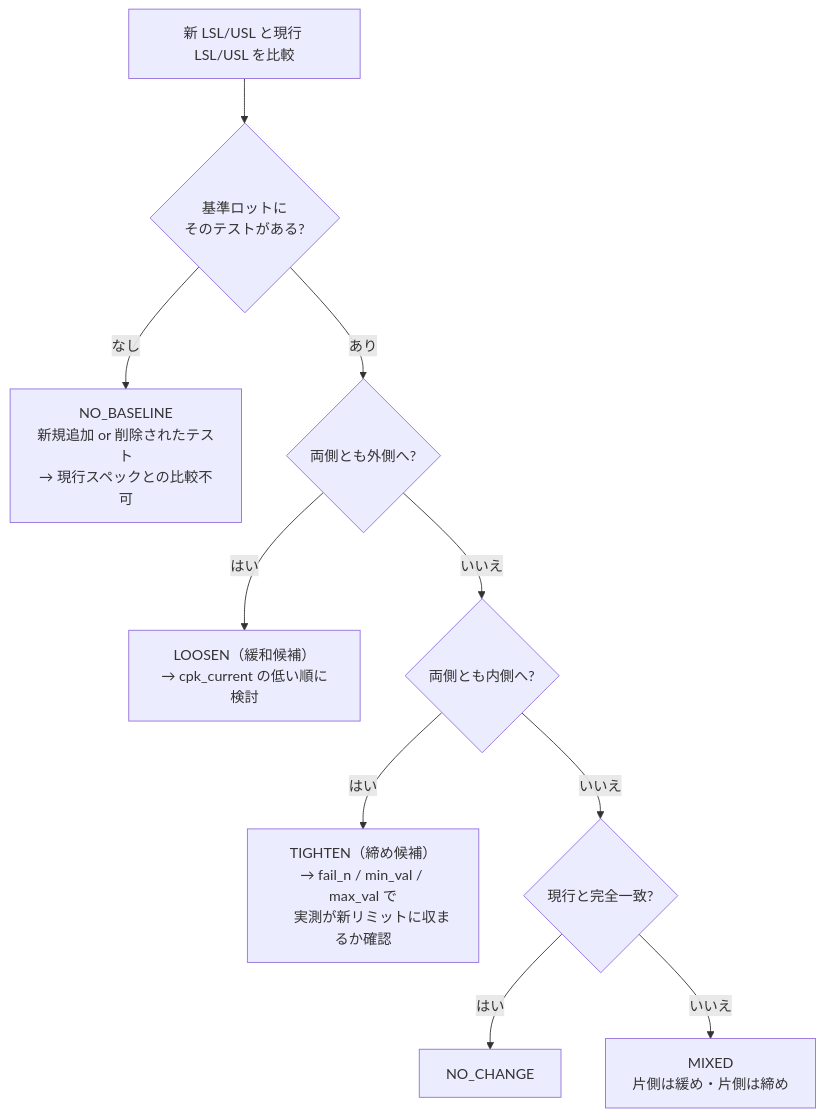
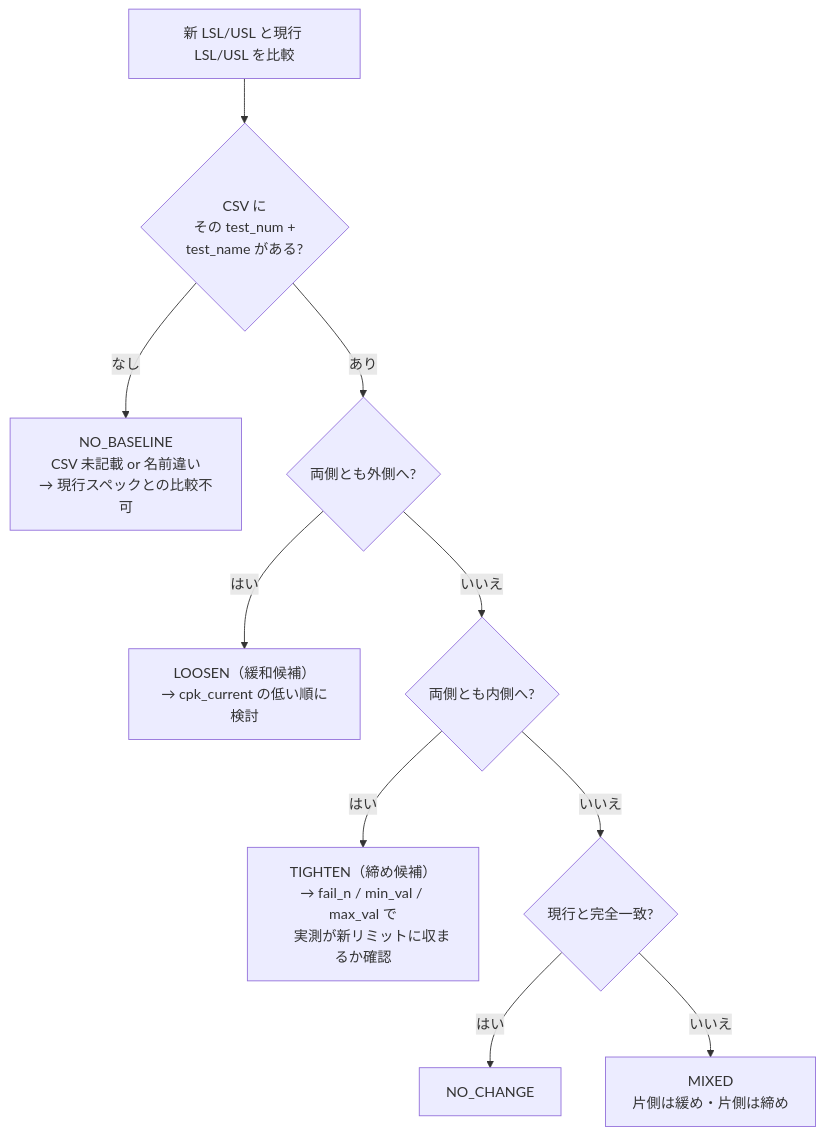
Before and after one commit to Kei0bb/STDF: the second of 2 diagrams in docs/sample_queries.md, drawn with Mermaid. The commit also changed other lines of this file, not shown here.

First line of the commit message:
feat: 8-2/8-4 の現行スペックを別 CSV 読み込みに変更

````diff
--- a/docs/sample_queries.md
+++ b/docs/sample_queries.md
@@ -819,12 +821,12 @@
 ```mermaid
 flowchart TD
-    S["新 LSL/USL と現行 LSL/USL を比較"] --> A{"基準ロットに<br/>そのテストがある?"}
-    A -->|"なし"| NB["NO_BASELINE<br/>新規追加 or 削除されたテスト<br/>→ 現行スペックとの比較不可"]
+    S["新 LSL/USL と現行 LSL/USL を比較"] --> A{"CSV に<br/>その test_num +<br/>test_name がある?"}
+    A -->|"なし"| NB["NO_BASELINE<br/>CSV 未記載 or 名前違い<br/>→ 現行スペックとの比較不可"]
     A -->|"あり"| B{"両側とも外側へ?"}
     B -->|"はい"| L["LOOSEN（緩和候補）<br/>→ cpk_current の低い順に検討"]
     B -->|"いいえ"| C{"両側とも内側へ?"}
     C -->|"はい"| T["TIGHTEN（締め候補）<br/>→ fail_n / min_val / max_val で<br/>　 実測が新リミットに収まるか確認"]
     C -->|"いいえ"| D{"現行と完全一致?"}
     D -->|"はい"| N["NO_CHANGE"]
     D -->|"いいえ"| M["MIXED<br/>片側は緩め・片側は締め"]
 ```
````
